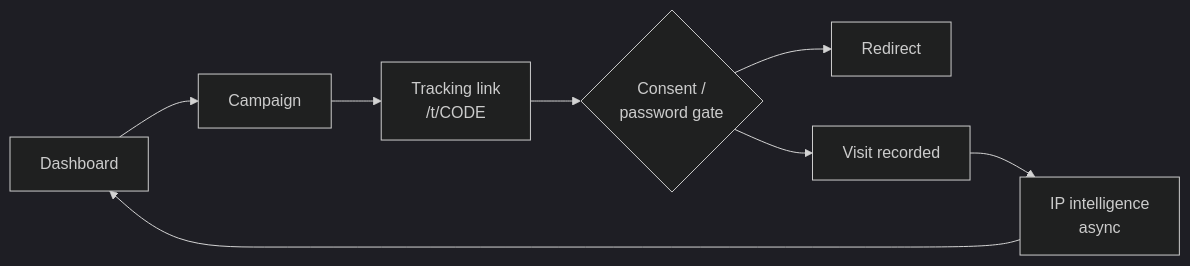
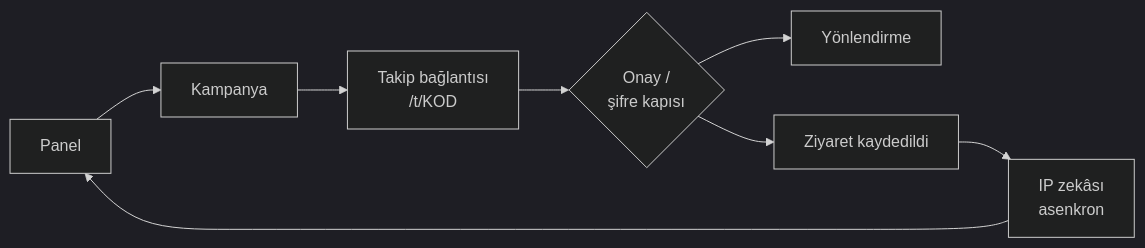
Before and after one commit to furkhangul/Aventrix: the first of 2 diagrams in README.md, drawn with Mermaid (dark theme). The commit also changed other lines of this file and 40 other files, not shown here.

````diff
--- a/README.md
+++ b/README.md
@@ -7,10 +9,10 @@
 ```mermaid
 flowchart LR
-    A[Dashboard] --> B[Campaign]
-    B --> C[Tracking link<br/>/t/CODE]
-    C --> D{Consent /<br/>password gate}
-    D --> E[Redirect]
-    D --> F[Visit recorded]
-    F --> G[IP intelligence<br/>async]
+    A[Panel] --> B[Kampanya]
+    B --> C[Takip bağlantısı<br/>/t/KOD]
+    C --> D{Onay /<br/>şifre kapısı}
+    D --> E[Yönlendirme]
+    D --> F[Ziyaret kaydedildi]
+    F --> G[IP zekâsı<br/>asenkron]
     G --> A
 ```
````
